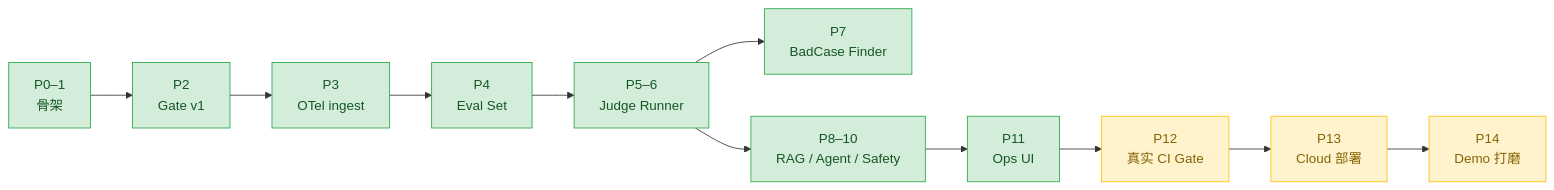
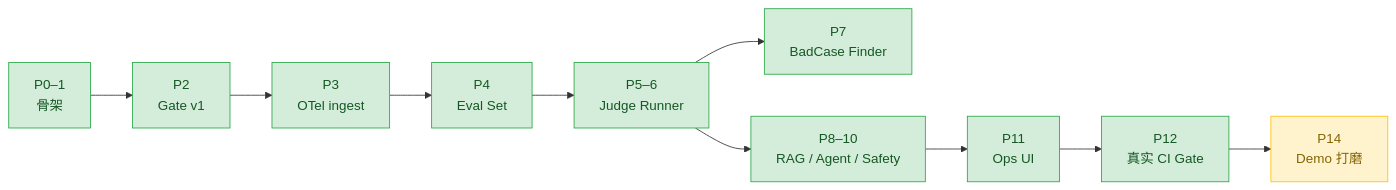
Before and after one commit to AndyUneducated/eval-gate: the first of 2 diagrams in docs/ROADMAP.md, drawn with Mermaid. The commit also changed other lines of this file and 12 other files, not shown here.

````diff
--- a/docs/ROADMAP.md
+++ b/docs/ROADMAP.md
@@ -37,18 +36,17 @@
 ```mermaid
 flowchart LR
     P0["P0–1<br/>骨架"] --> P2["P2<br/>Gate v1"]
     P2 --> P3["P3<br/>OTel ingest"]
     P3 --> P4["P4<br/>Eval Set"]
     P4 --> P5["P5–6<br/>Judge Runner"]
     P5 --> P7["P7<br/>BadCase Finder"]
     P5 --> P8["P8–10<br/>RAG / Agent / Safety"]
     P8 --> P11["P11<br/>Ops UI"]
     P11 --> P12["P12<br/>真实 CI Gate"]
-    P12 --> P13["P13<br/>Cloud 部署"]
-    P13 --> P14["P14<br/>Demo 打磨"]
+    P12 --> P14["P14<br/>Demo 打磨"]
 
     classDef done fill:#d4edda,stroke:#28a745,color:#155724;
     classDef todo fill:#fff3cd,stroke:#ffc107,color:#856404;
-    class P0,P2,P3,P4,P5,P7,P8,P11 done;
-    class P12,P13,P14 todo;
+    class P0,P2,P3,P4,P5,P7,P8,P11,P12 done;
+    class P14 todo;
 ```
````
